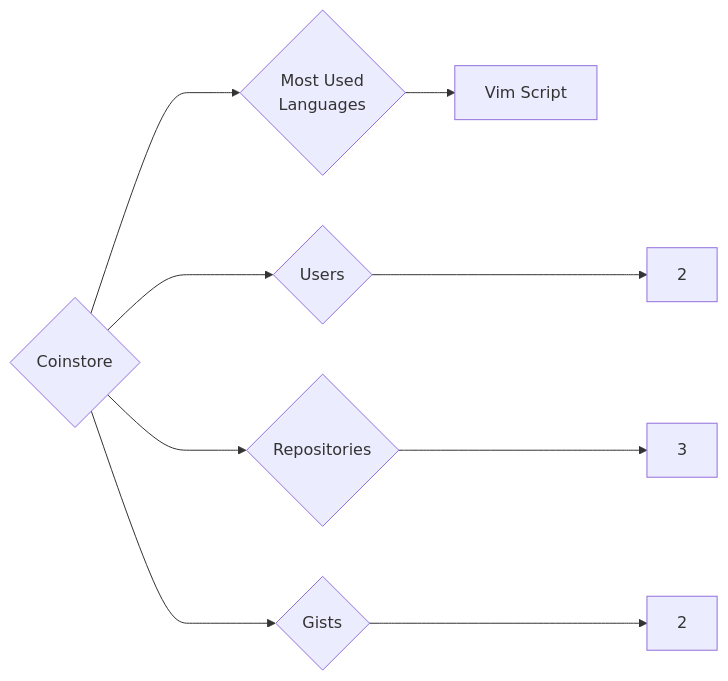
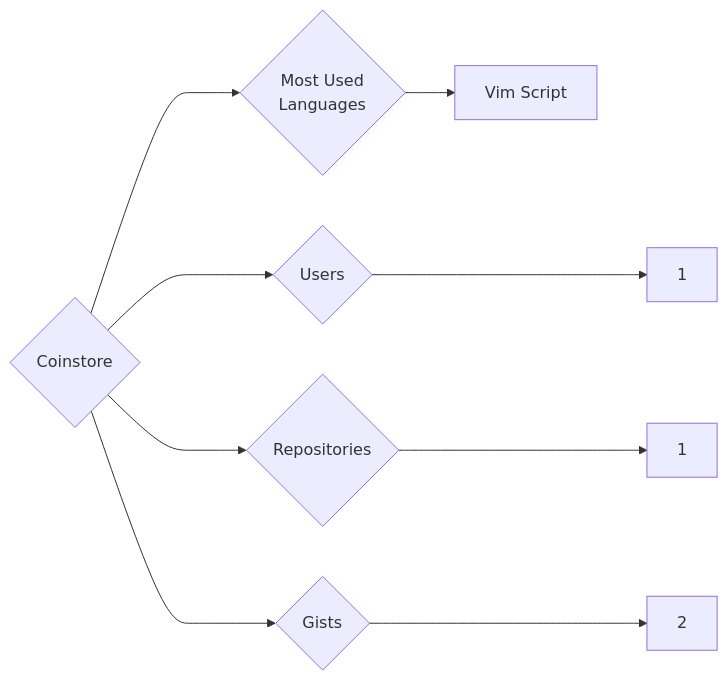
One commit to trickest/insiders changed the diagram in targets/Coinstore/README.md. Above: the diagram before and after it, drawn with Mermaid. The commit also changed 1007 other files, not shown here.

````diff
--- a/targets/Coinstore/README.md
+++ b/targets/Coinstore/README.md
@@ -3,9 +3,9 @@
 ```mermaid
 graph LR
 COMPANY_NAME{Coinstore}
-COMPANY_NAME ---> U{Users} ---> UN[2]
-COMPANY_NAME ---> R{Repositories} ---> RN[3]
+COMPANY_NAME ---> U{Users} ---> UN[1]
+COMPANY_NAME ---> R{Repositories} ---> RN[1]
 COMPANY_NAME ---> G{Gists} ---> GN[2]
 COMPANY_NAME ---> ML{Most Used<br>Languages}
 ML --> Vim_Script[Vim Script]
 ```
````
